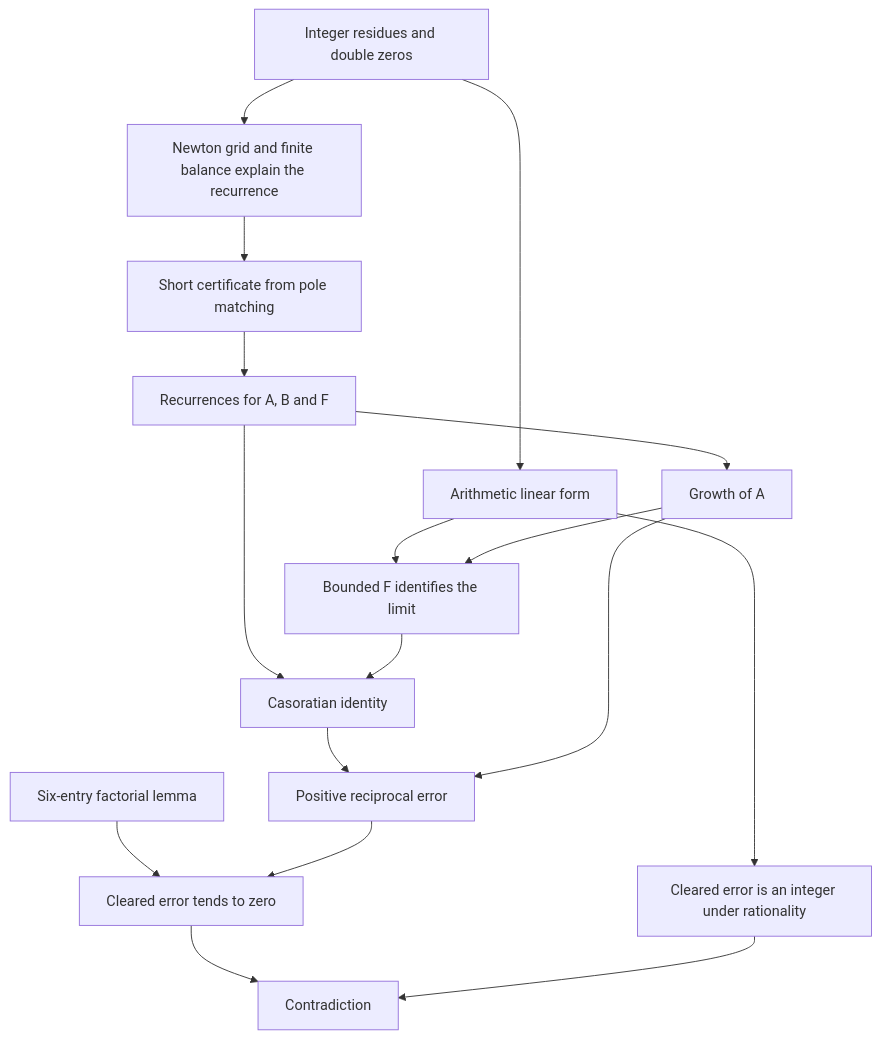
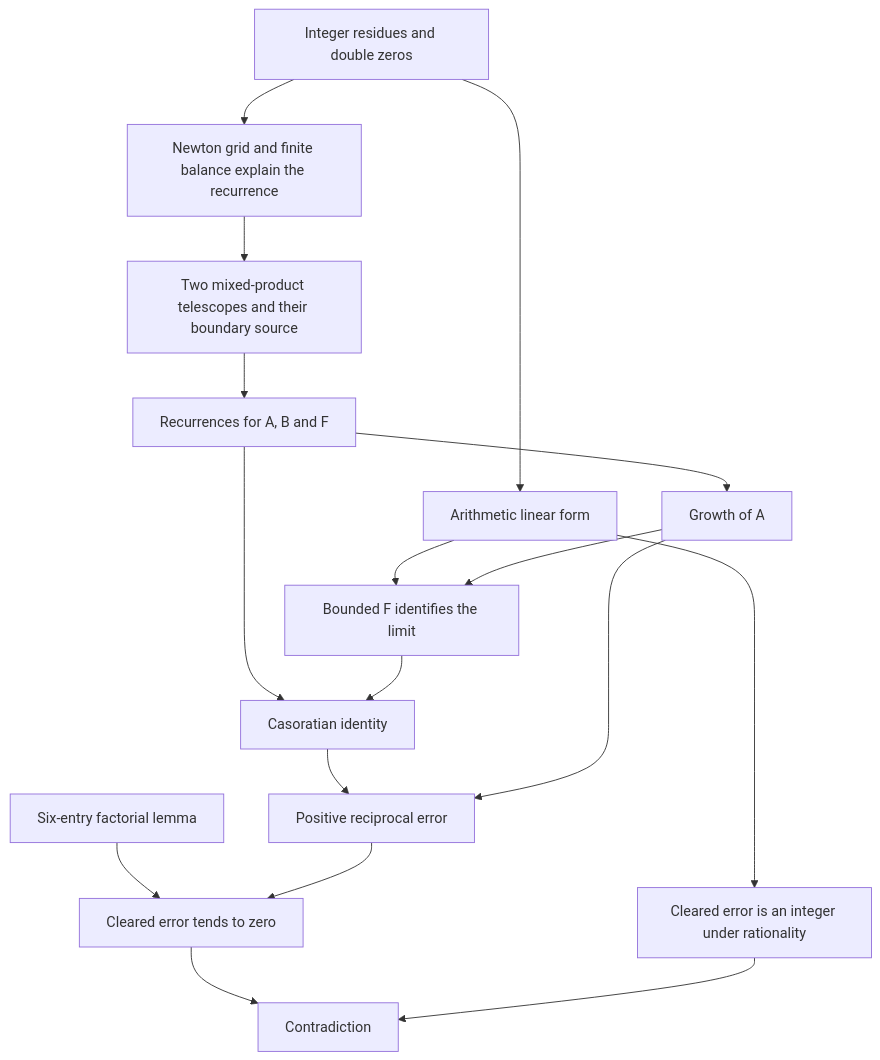
Before and after one commit to BoomydayCoder/Mathathon: the diagram in codex/problem131/discovery-guide.md, drawn with Mermaid. The commit also changed other lines of this file and 57 other files, not shown here.

````diff
--- a/codex/problem131/discovery-guide.md
+++ b/codex/problem131/discovery-guide.md
@@ -611,19 +625,19 @@
 ```mermaid
 flowchart TD
   A[Integer residues and double zeros] --> B[Arithmetic linear form]
   A --> N[Newton grid and finite balance explain the recurrence]
-  N --> C[Short certificate from pole matching]
+  N --> C[Two mixed-product telescopes and their boundary source]
   C --> D[Recurrences for A, B and F]
   D --> E[Growth of A]
   B --> F[Bounded F identifies the limit]
   E --> F
   D --> G[Casoratian identity]
   F --> G
   G --> H[Positive reciprocal error]
   E --> H
   I[Six-entry factorial lemma] --> J[Cleared error tends to zero]
   H --> J
   B --> K[Cleared error is an integer under rationality]
   J --> L[Contradiction]
   K --> L
 ```
````
